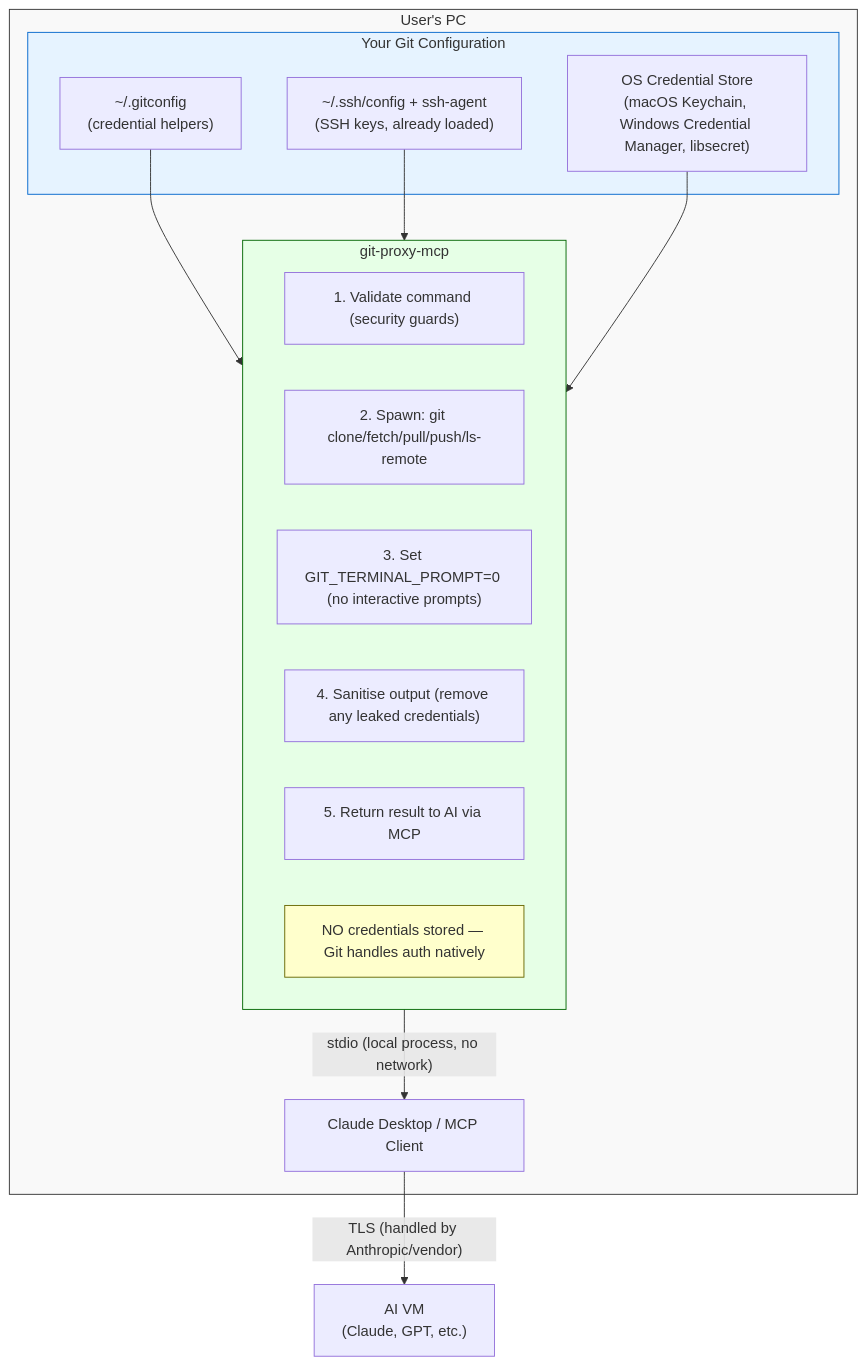
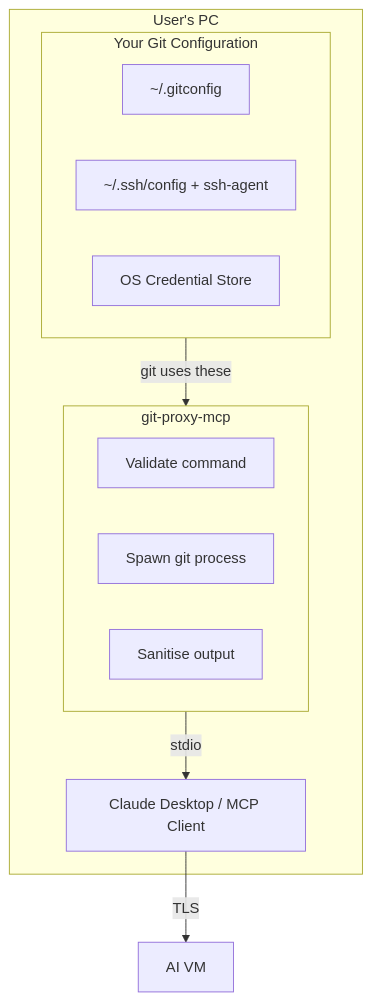
The diagram in README.md (MatejGomboc/git-proxy-mcp), drawn with Mermaid before and after one commit. The commit also changed 2 other files, not shown here.

Commit message:
fix(docs): simplify Mermaid diagrams for GitHub compatibility
Remove style directives and simplify node labels to fix rendering
issues on GitHub. The previous diagrams showed as blank due to
unsupported style properties.

🤖 Generated with [Claude Code](https://claude.com/claude-code)

````diff
--- a/README.md
+++ b/README.md
@@ -38,34 +38,24 @@
 ```mermaid
 flowchart TB
-    subgraph PC["User's PC"]
-        subgraph GitConfig["Your Git Configuration"]
-            gitconfig["~/.gitconfig<br/>(credential helpers)"]
-            sshconfig["~/.ssh/config + ssh-agent<br/>(SSH keys, already loaded)"]
-            oscreds["OS Credential Store<br/>(macOS Keychain, Windows Credential Manager, libsecret)"]
+    subgraph PC[User's PC]
+        subgraph GitConfig[Your Git Configuration]
+            gitconfig[~/.gitconfig]
+            sshconfig[~/.ssh/config + ssh-agent]
+            oscreds[OS Credential Store]
         end
 
-        subgraph Proxy["git-proxy-mcp"]
-            step1["1. Validate command (security guards)"]
-            step2["2. Spawn: git clone/fetch/pull/push/ls-remote"]
-            step3["3. Set GIT_TERMINAL_PROMPT=0 (no interactive prompts)"]
-            step4["4. Sanitise output (remove any leaked credentials)"]
-            step5["5. Return result to AI via MCP"]
-            nocreds["NO credentials stored — Git handles auth natively"]
+        subgraph Proxy[git-proxy-mcp]
+            validate[Validate command]
+            spawn[Spawn git process]
+            sanitise[Sanitise output]
         end
 
-        client["Claude Desktop / MCP Client"]
+        client[Claude Desktop / MCP Client]
     end
 
-    ai["AI VM<br/>(Claude, GPT, etc.)"]
+    ai[AI VM]
 
-    gitconfig --> Proxy
-    sshconfig --> Proxy
-    oscreds --> Proxy
-    Proxy -->|"stdio (local process, no network)"| client
-    client -->|"TLS (handled by Anthropic/vendor)"| ai
-
-    style PC fill:#f9f9f9,stroke:#333
-    style GitConfig fill:#e6f3ff,stroke:#0066cc
-    style Proxy fill:#e6ffe6,stroke:#006600
-    style nocreds fill:#ffffcc,stroke:#666600
+    GitConfig -->|git uses these| Proxy
+    Proxy -->|stdio| client
+    client -->|TLS| ai
 ```
````
